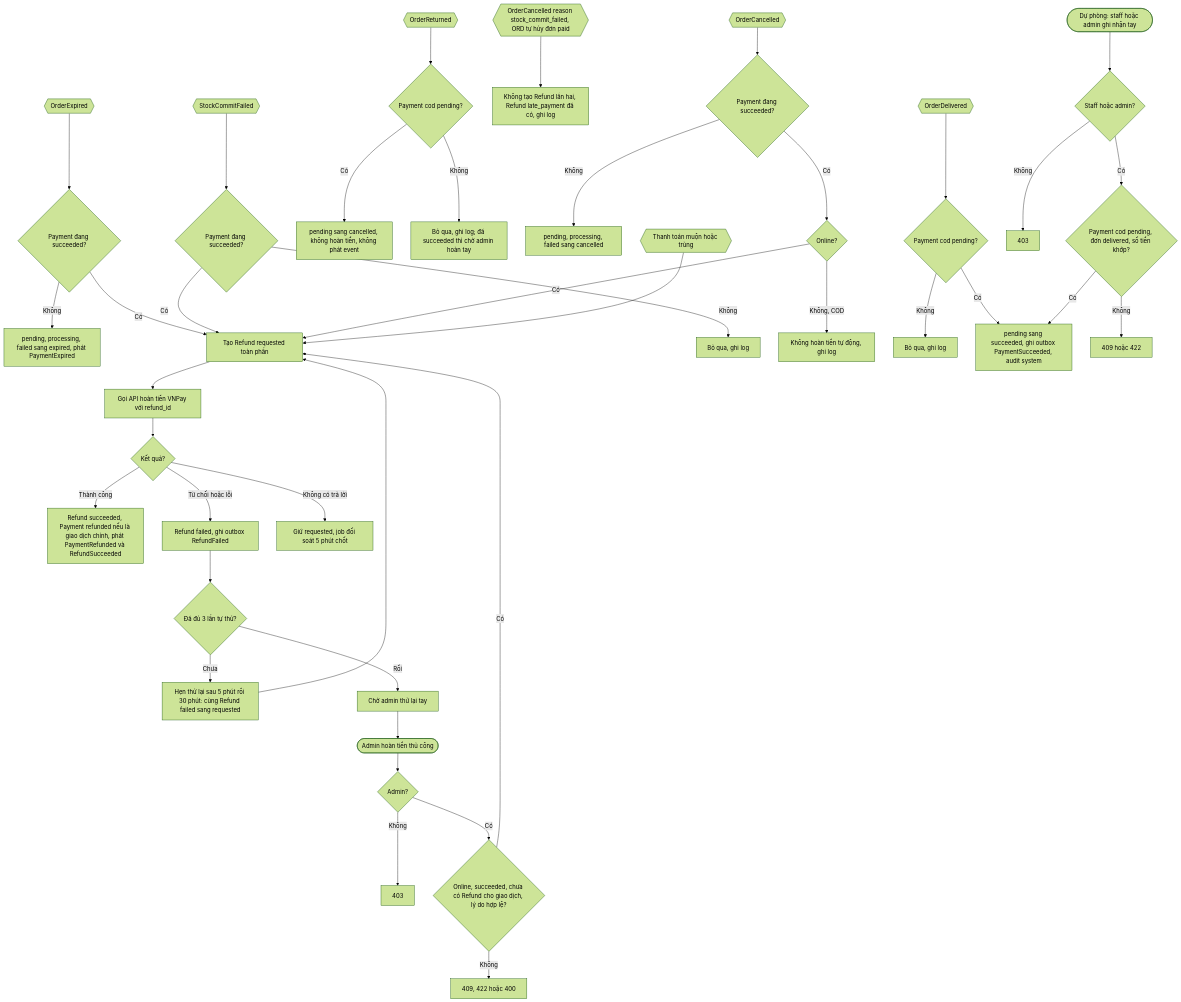
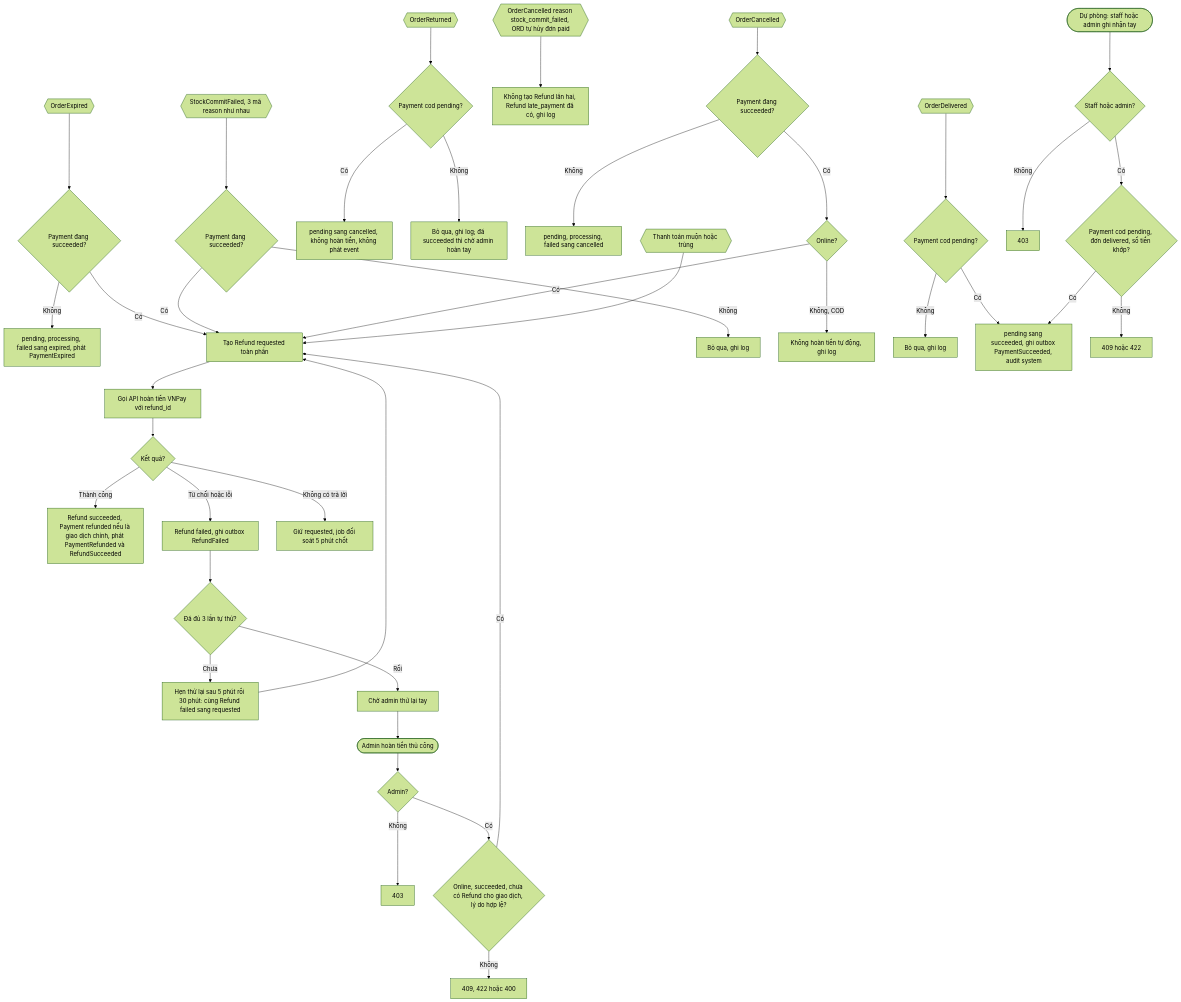
One commit to bvminh-dev/Min-SDLC changed the second of 2 diagrams in spec/epics/PAY/flows/PAY-FLOW-20261006-103111299.md. Above: the diagram before and after it, drawn with Mermaid (forest theme). The commit also changed other lines of this file and 1457 other files, not shown here.

````diff
--- a/spec/epics/PAY/flows/PAY-FLOW-20261006-103111299.md
+++ b/spec/epics/PAY/flows/PAY-FLOW-20261006-103111299.md
@@ -57,42 +57,42 @@
 ```mermaid
 flowchart TD
     E1{{OrderExpired}} --> X1{Payment đang succeeded?}
     X1 -- Không --> X2[pending, processing, failed sang expired, phát PaymentExpired]
     X1 -- Có --> RF
     E2{{OrderCancelled}} --> Y1{Payment đang succeeded?}
-    SC{{StockCommitFailed}} --> SC1{Payment đang succeeded?}
+    SC{{StockCommitFailed, 3 mã reason như nhau}} --> SC1{Payment đang succeeded?}
     SC1 -- Có --> RF
     SC1 -- Không --> SC2[Bỏ qua, ghi log]
     SCO{{OrderCancelled reason stock_commit_failed, ORD tự hủy đơn paid}} --> SCO1[Không tạo Refund lần hai, Refund late_payment đã có, ghi log]
     RT2{{OrderReturned}} --> RT3{Payment cod pending?}
     RT3 -- Có --> RT4[pending sang cancelled, không hoàn tiền, không phát event]
     RT3 -- Không --> RT5[Bỏ qua, ghi log; đã succeeded thì chờ admin hoàn tay]
     Y1 -- Không --> Y2[pending, processing, failed sang cancelled]
     Y1 -- Có --> Y3{Online?}
     Y3 -- Không, COD --> Y4[Không hoàn tiền tự động, ghi log]
     Y3 -- Có --> RF[Tạo Refund requested toàn phần]
     LT{{Thanh toán muộn hoặc trùng}} --> RF
     AD([Admin hoàn tiền thủ công]) --> M1{Admin?}
     M1 -- Không --> M403[403]
     M1 -- Có --> M2{Online, succeeded, chưa có Refund cho giao dịch, lý do hợp lệ?}
     M2 -- Không --> M409[409, 422 hoặc 400]
     M2 -- Có --> RF
     RF --> G1[Gọi API hoàn tiền VNPay với refund_id]
     G1 --> G2{Kết quả?}
     G2 -- Thành công --> S1[Refund succeeded, Payment refunded nếu là giao dịch chính, phát PaymentRefunded và RefundSucceeded]
     G2 -- Từ chối hoặc lỗi --> S2[Refund failed, ghi outbox RefundFailed]
     G2 -- Không có trả lời --> S3[Giữ requested, job đối soát 5 phút chốt]
     S2 --> S4{Đã đủ 3 lần tự thử?}
     S4 -- Chưa --> S5[Hẹn thử lại sau 5 phút rồi 30 phút: cùng Refund failed sang requested]
     S4 -- Rồi --> S6[Chờ admin thử lại tay]
     S5 --> RF
     S6 --> AD
     DL{{OrderDelivered}} --> D0{Payment cod pending?}
     D0 -- Không --> D00[Bỏ qua, ghi log]
     D0 -- Có --> D3[pending sang succeeded, ghi outbox PaymentSucceeded, audit system]
     MC([Dự phòng: staff hoặc admin ghi nhận tay]) --> D1{Staff hoặc admin?}
     D1 -- Không --> D403[403]
     D1 -- Có --> D2{Payment cod pending, đơn delivered, số tiền khớp?}
     D2 -- Không --> D409[409 hoặc 422]
     D2 -- Có --> D3
 ```
````
